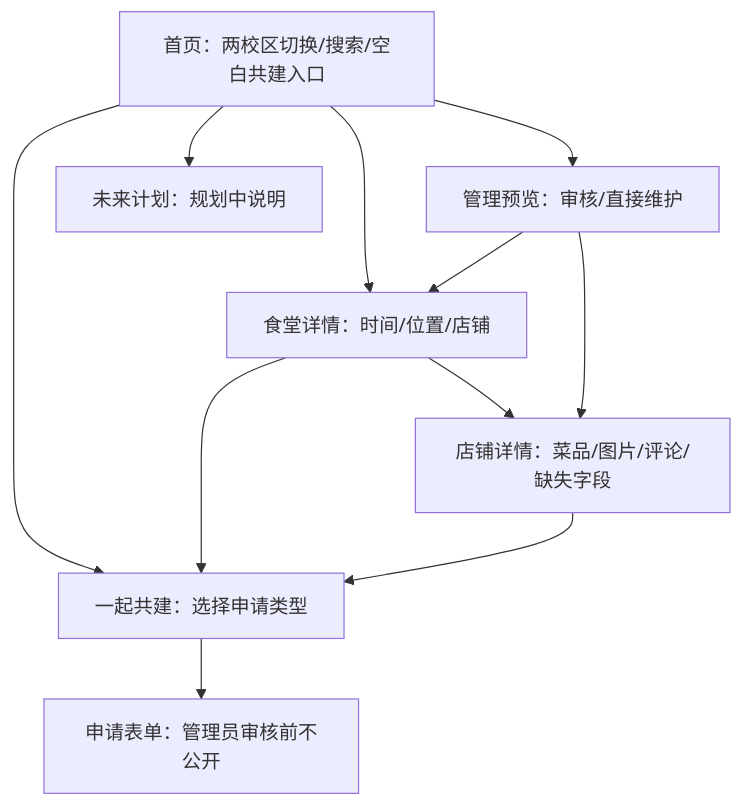
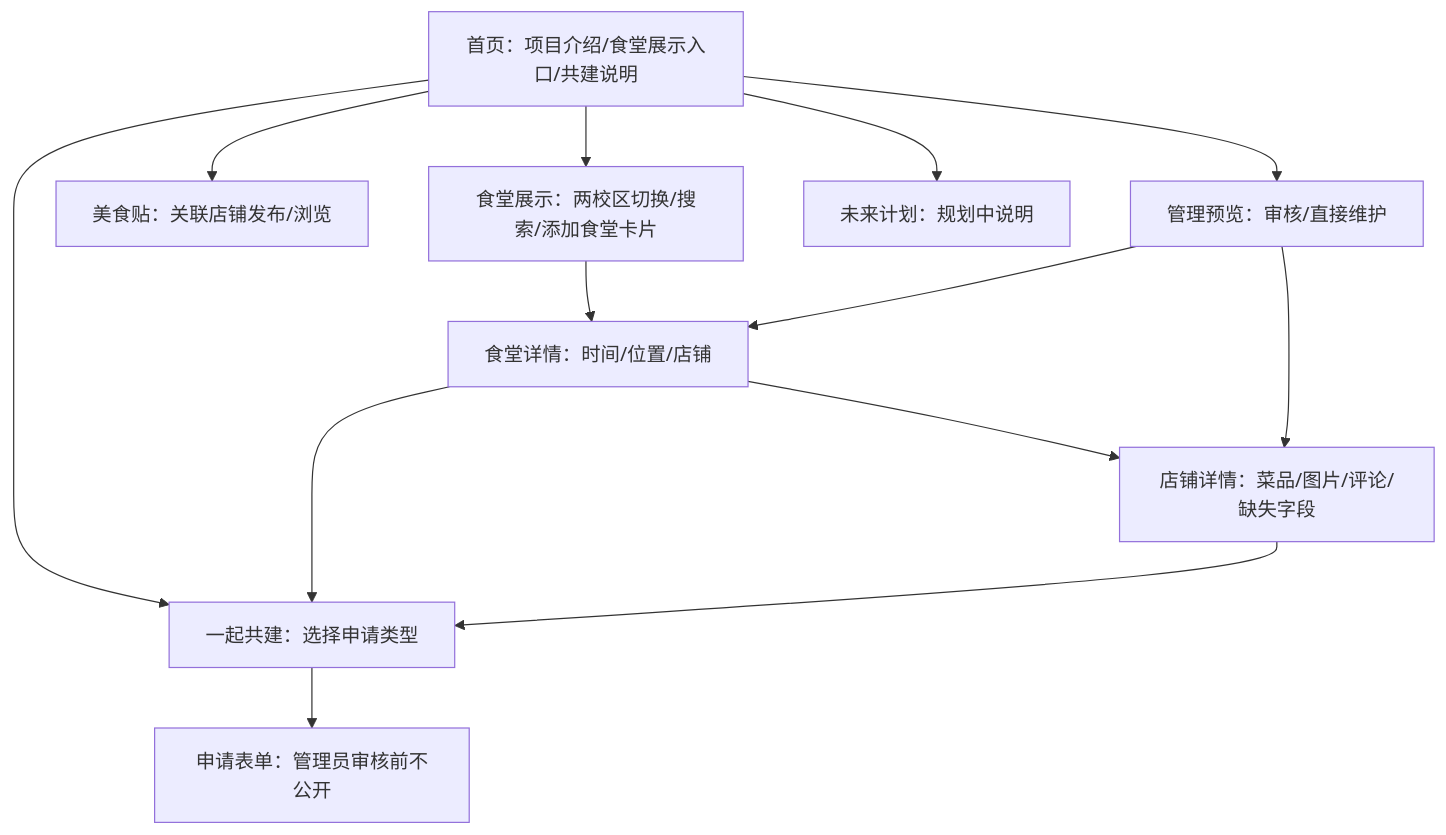
One commit to Danouga/campus-canteen-review changed the diagram in docs/06-MVP界面规划.md. Above: the diagram before and after it, drawn with Mermaid. The commit also changed other lines of this file and 5 other files, not shown here.

````diff
--- a/docs/06-MVP界面规划.md
+++ b/docs/06-MVP界面规划.md
@@ -19,13 +19,15 @@
 ```mermaid
 flowchart TD
-  A[首页：两校区切换/搜索/空白共建入口] --> B[食堂详情：时间/位置/店铺]
+  A[首页：项目介绍/食堂展示入口/共建说明] --> H[食堂展示：两校区切换/搜索/添加食堂卡片]
+  H --> B[食堂详情：时间/位置/店铺]
   B --> C[店铺详情：菜品/图片/评论/缺失字段]
   A --> D[一起共建：选择申请类型]
+  A --> P[美食贴：关联店铺发布/浏览]
   B --> D
   C --> D
   D --> E[申请表单：管理员审核前不公开]
   A --> F[管理预览：审核/直接维护]
   F --> B
   F --> C
   A --> G[未来计划：规划中说明]
 ```
````
